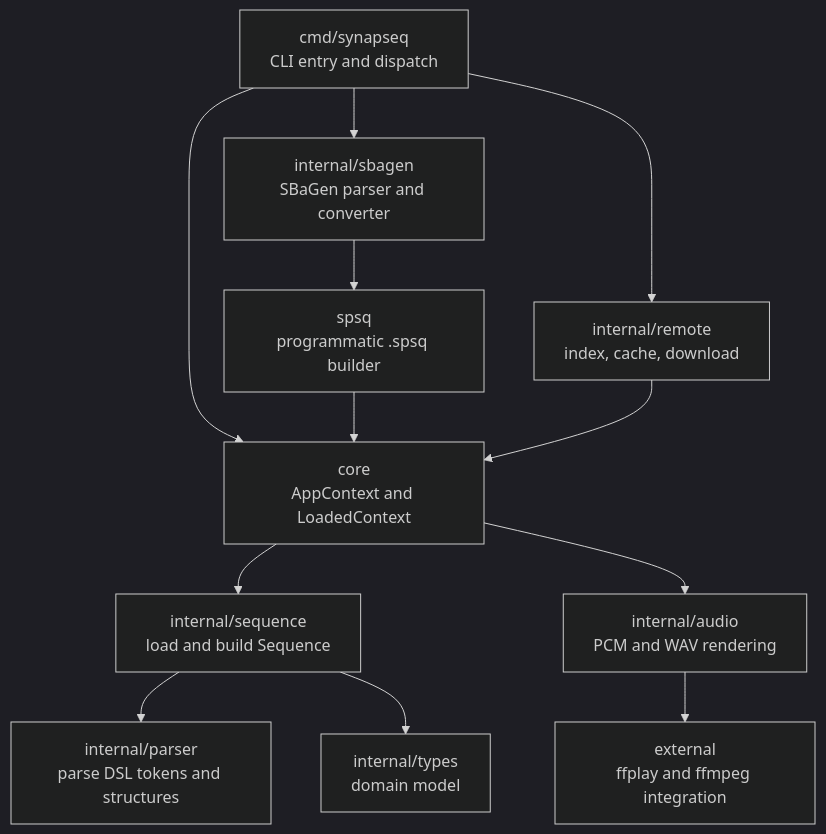
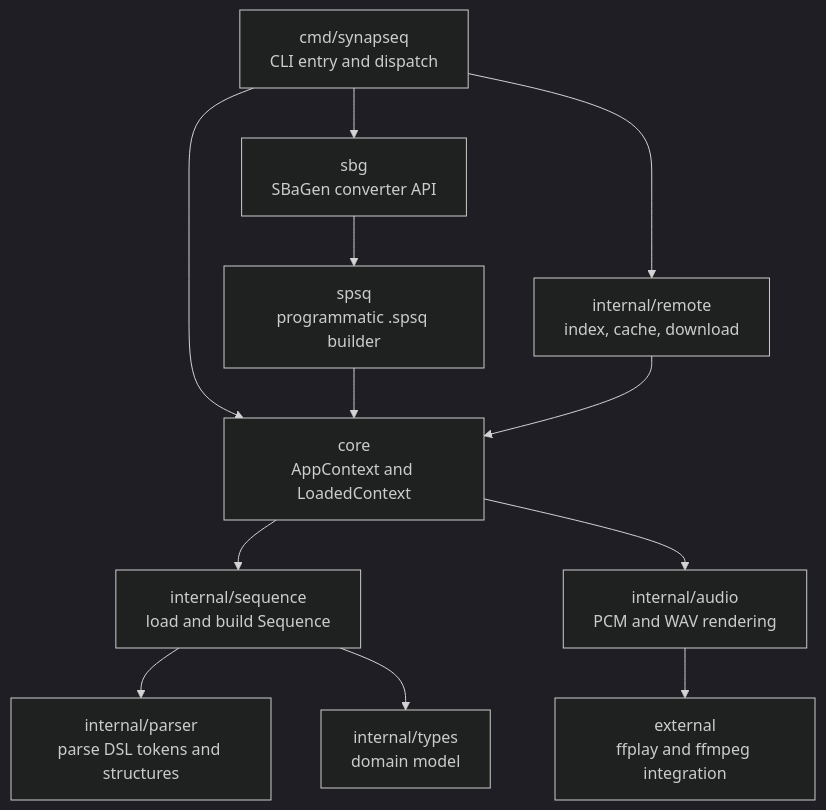
Before and after one commit to synapseq-foundation/synapseq: the first of 5 diagrams in docs/ARCHITECTURE.md, drawn with Mermaid (dark theme). The commit also changed other lines of this file and 11 other files, not shown here.

Commit message:
feat: expose SBaGen conversion API

````diff
--- a/docs/ARCHITECTURE.md
+++ b/docs/ARCHITECTURE.md
@@ -32,14 +32,14 @@
 ```mermaid
 flowchart TD
 	CLI[cmd/synapseq\nCLI entry and dispatch] --> Core[core\nAppContext and LoadedContext]
-	CLI --> SBG[internal/sbagen\nSBaGen parser and converter]
+	CLI --> SBG[sbg\nSBaGen converter API]
 	SBG --> SPSQ
 	SPSQ[spsq\nprogrammatic .spsq builder] --> Core
 	Core --> Seq[internal/sequence\nload and build Sequence]
 	Seq --> Parser[internal/parser\nparse DSL tokens and structures]
 	Seq --> Types[internal/types\ndomain model]
 	Core --> Audio[internal/audio\nPCM and WAV rendering]
 	Audio --> External[external\nffplay and ffmpeg integration]
 	CLI --> Remote[internal/remote\nindex, cache, download]
 	Remote --> Core
 ```
````
